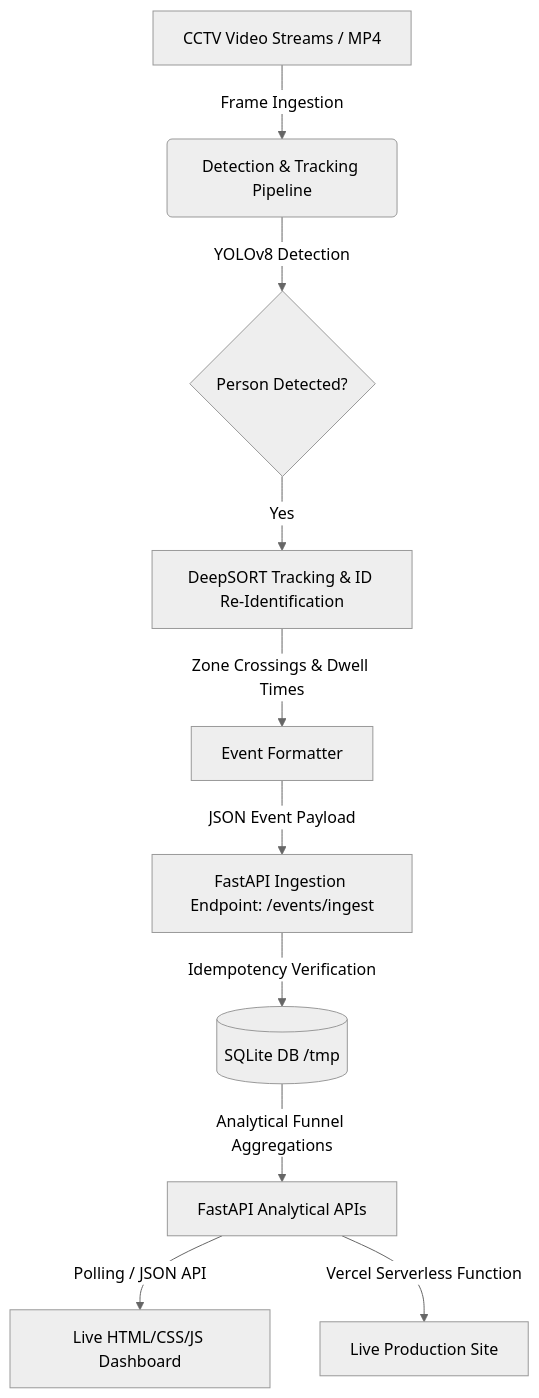
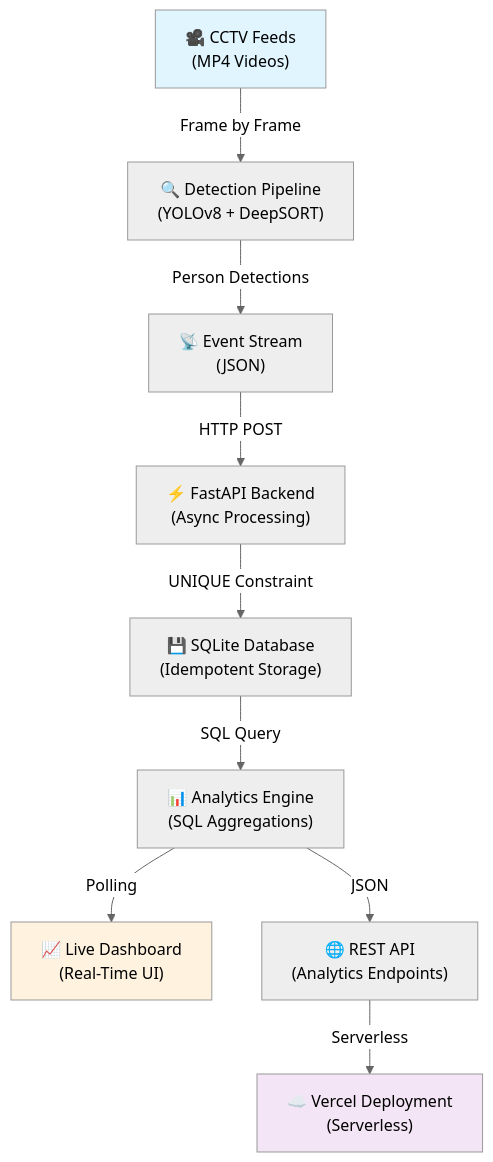
The diagram in README.md (SatyamKumar7911/store-intelligence), drawn with Mermaid (neutral theme) before and after one commit. The commit also changed other lines of this file and 2 other files, not shown here.

````diff
--- a/README.md
+++ b/README.md
@@ -18,12 +232,25 @@
 ```mermaid
-graph TD
-    A[CCTV Video Streams / MP4] -->|Frame Ingestion| B(Detection & Tracking Pipeline)
-    B -->|YOLOv8 Detection| C{Person Detected?}
-    C -->|Yes| D[DeepSORT Tracking & ID Re-Identification]
-    D -->|Zone Crossings & Dwell Times| E[Event Formatter]
-    E -->|JSON Event Payload| F[FastAPI Ingestion Endpoint: /events/ingest]
-    F -->|Idempotency Verification| G[(SQLite DB /tmp)]
-    G -->|Analytical Funnel Aggregations| H[FastAPI Analytical APIs]
-    H -->|Polling / JSON API| I[Live HTML/CSS/JS Dashboard]
-    H -->|Vercel Serverless Function| J[Live Production Site]
+graph TB
+    A["🎥 CCTV Feeds<br/>(MP4 Videos)"]
+    B["🔍 Detection Pipeline<br/>(YOLOv8 + DeepSORT)"]
+    C["📡 Event Stream<br/>(JSON)"]
+    D["⚡ FastAPI Backend<br/>(Async Processing)"]
+    E["💾 SQLite Database<br/>(Idempotent Storage)"]
+    F["📊 Analytics Engine<br/>(SQL Aggregations)"]
+    G["📈 Live Dashboard<br/>(Real-Time UI)"]
+    H["🌐 REST API<br/>(Analytics Endpoints)"]
+    I["☁️ Vercel Deployment<br/>(Serverless)"]
+
+    A -->|Frame by Frame| B
+    B -->|Person Detections| C
+    C -->|HTTP POST| D
+    D -->|UNIQUE Constraint| E
+    E -->|SQL Query| F
+    F -->|JSON| H
+    F -->|Polling| G
+    H -->|Serverless| I
+
+    style A fill:#e1f5ff
+    style G fill:#fff3e0
+    style I fill:#f3e5f5
 ```
````
